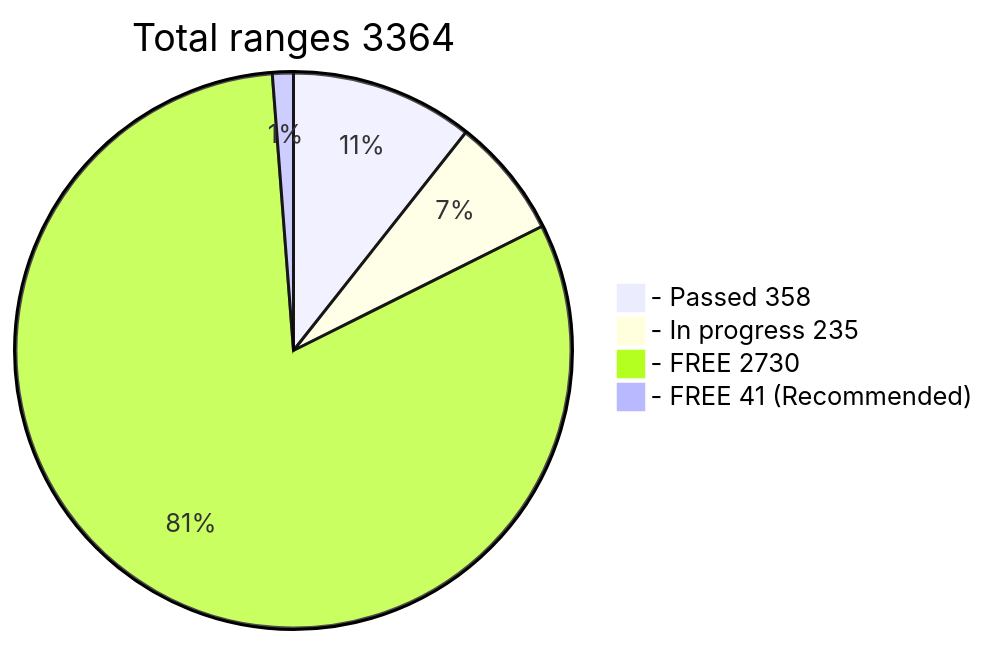
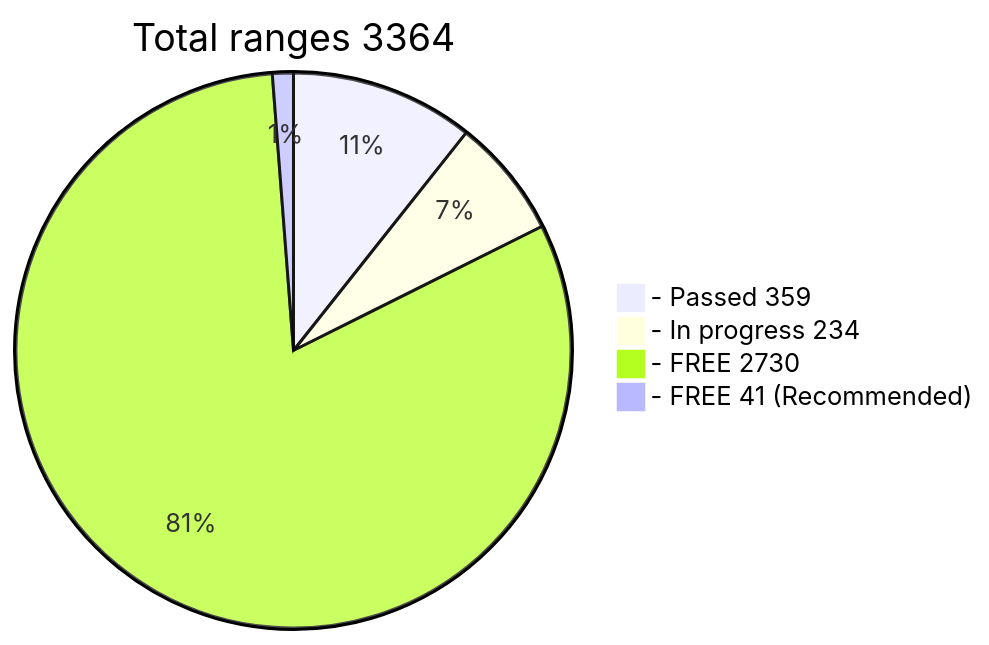
Before and after one commit to phrutis/wif500: the diagram in x64/Release/table.md, drawn with Mermaid. The commit also changed other lines of this file, not shown here.

````diff
--- a/x64/Release/table.md
+++ b/x64/Release/table.md
@@ -2,7 +2,7 @@
 ```mermaid
 pie title Total ranges 3364
-  "- Passed 358" : 358
-  "- In progress 235" : 235
+  "- Passed 359" : 359
+  "- In progress 234" : 234
   "- FREE 2730" : 2730
   "- FREE 41 (Recommended)" : 41
 ```
````
